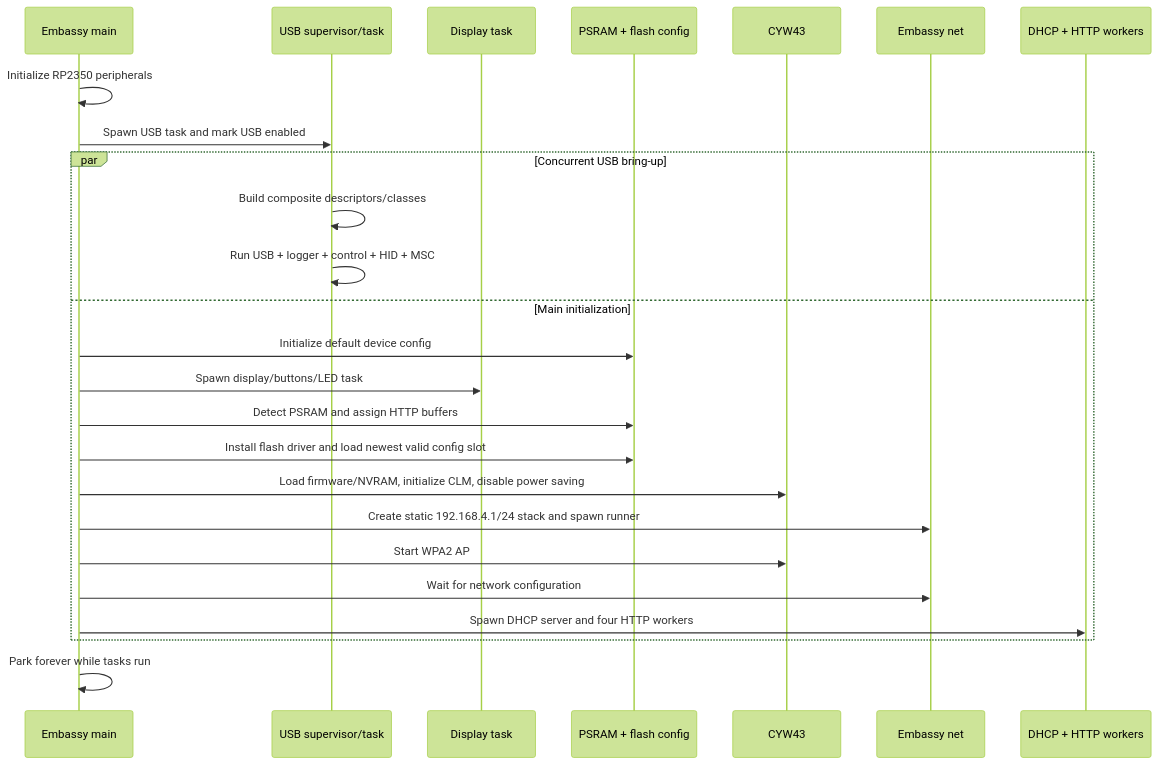
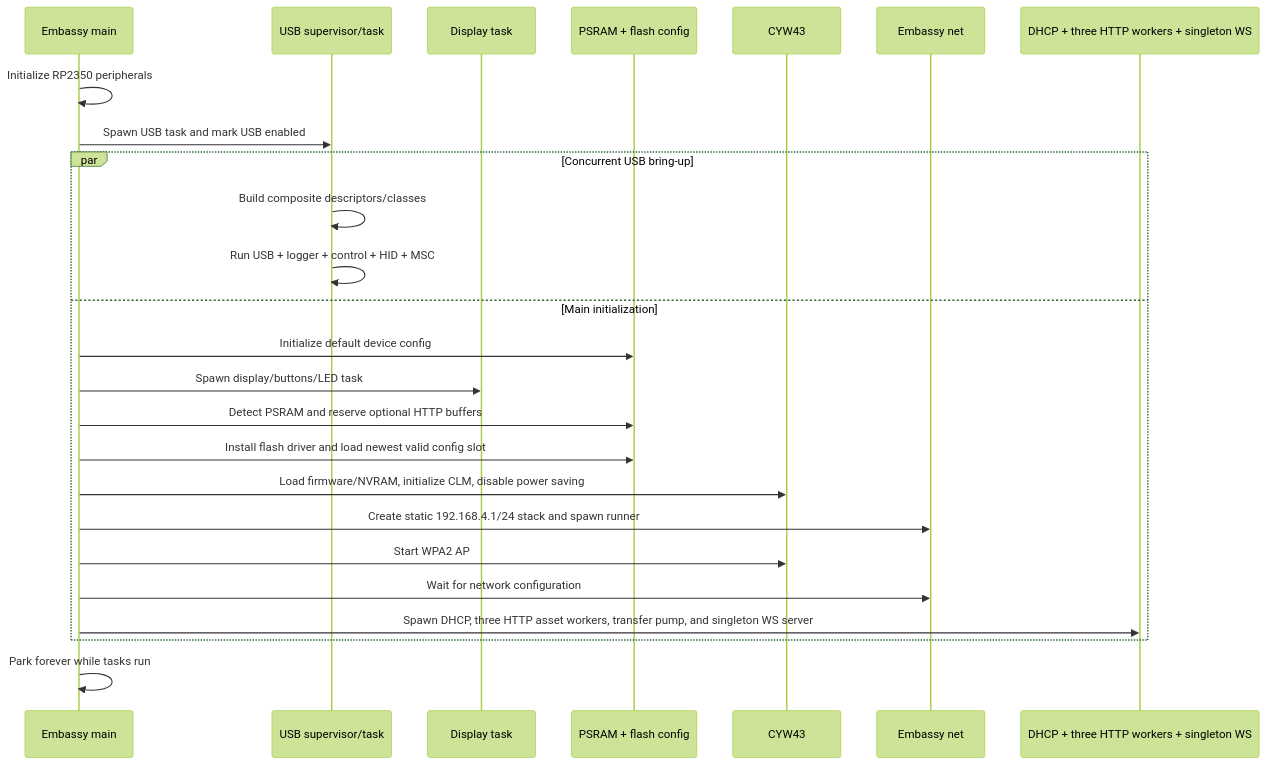
The fourth of 9 diagrams in docs/ARCHITECTURE.md (mapf0000/pico_plus_2w_blinky), drawn with Mermaid (forest theme) before and after one commit. The commit also changed other lines of this file and 30 other files, not shown here.

````diff
--- a/docs/ARCHITECTURE.md
+++ b/docs/ARCHITECTURE.md
@@ -152,28 +152,28 @@
 ```mermaid
 sequenceDiagram
     participant Main as Embassy main
     participant USB as USB supervisor/task
     participant Display as Display task
     participant Storage as PSRAM + flash config
     participant CYW as CYW43
     participant Net as Embassy net
-    participant HTTP as DHCP + HTTP workers
+    participant HTTP as DHCP + three HTTP workers + singleton WS
 
     Main->>Main: Initialize RP2350 peripherals
     Main->>USB: Spawn USB task and mark USB enabled
     par Concurrent USB bring-up
         USB->>USB: Build composite descriptors/classes
         USB->>USB: Run USB + logger + control + HID + MSC
     and Main initialization
         Main->>Storage: Initialize default device config
         Main->>Display: Spawn display/buttons/LED task
-        Main->>Storage: Detect PSRAM and assign HTTP buffers
+        Main->>Storage: Detect PSRAM and reserve optional HTTP buffers
         Main->>Storage: Install flash driver and load newest valid config slot
         Main->>CYW: Load firmware/NVRAM, initialize CLM, disable power saving
         Main->>Net: Create static 192.168.4.1/24 stack and spawn runner
         Main->>CYW: Start WPA2 AP
         Main->>Net: Wait for network configuration
-        Main->>HTTP: Spawn DHCP server and four HTTP workers
+        Main->>HTTP: Spawn DHCP, three HTTP asset workers, transfer pump, and singleton WS server
     end
     Main->>Main: Park forever while tasks run
 ```
````
